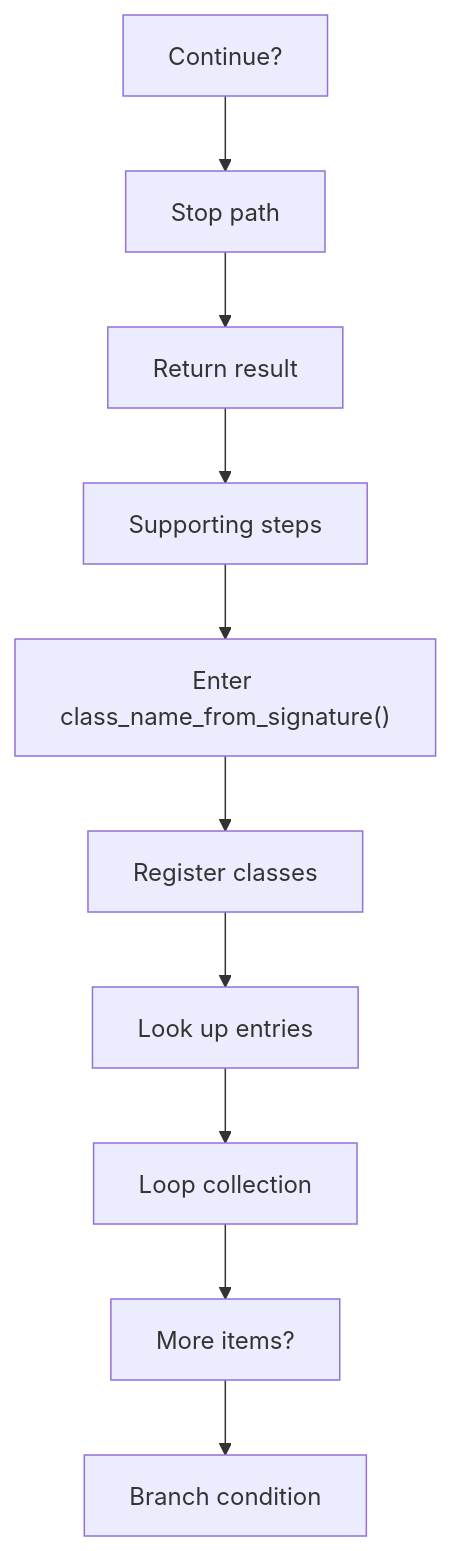
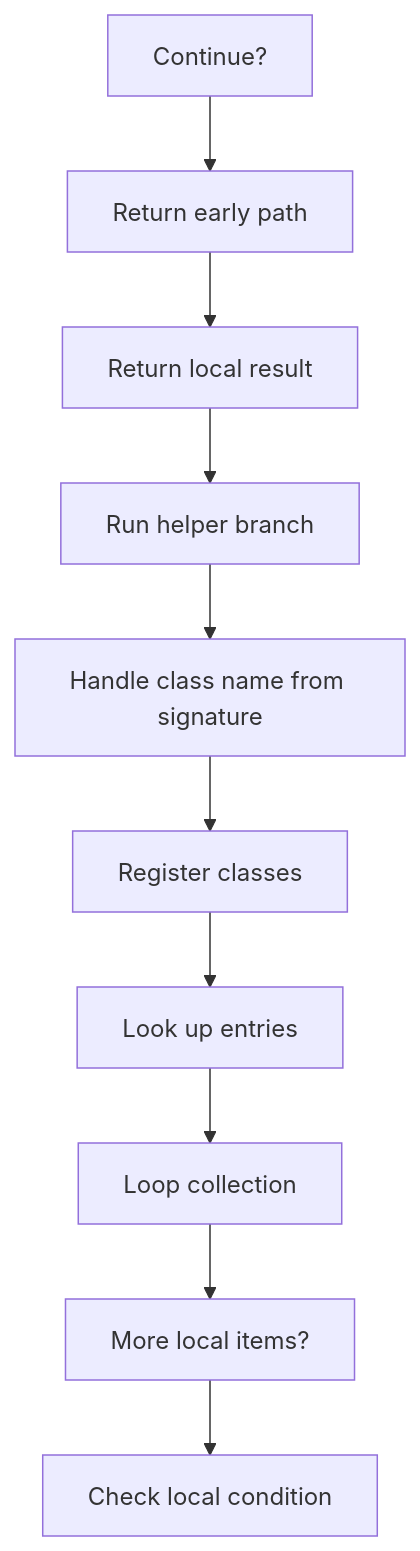
The third of 9 diagrams in docs/Codebase/Microservice/Modules/Source/Analysis/ImplementationUse/Resolution/Symbols/Resolve/Flow/symbols_utils_program_flow.cpp.md (JohnAndrewBalbarosa/NeoTerritory), drawn with Mermaid before and after one commit. The commit also changed other lines of this file and 925 other files, not shown here.

````diff
--- a/docs/Codebase/Microservice/Modules/Source/Analysis/ImplementationUse/Resolution/Symbols/Resolve/Flow/symbols_utils_program_flow.cpp.md
+++ b/docs/Codebase/Microservice/Modules/Source/Analysis/ImplementationUse/Resolution/Symbols/Resolve/Flow/symbols_utils_program_flow.cpp.md
@@ -67,22 +67,22 @@
 ```mermaid
 flowchart TD
     N0["Continue?"]
-    N1["Stop path"]
-    N2["Return result"]
-    N3["Supporting steps"]
-    N4["Enter class_name_from_signature()"]
+    N1["Return early path"]
+    N2["Return local result"]
+    N3["Run helper branch"]
+    N4["Handle class name from signature"]
     N5["Register classes"]
     N6["Look up entries"]
     N7["Loop collection"]
-    N8["More items?"]
-    N9["Branch condition"]
+    N8["More local items?"]
+    N9["Check local condition"]
     N0 --> N1
     N1 --> N2
     N2 --> N3
     N3 --> N4
     N4 --> N5
     N5 --> N6
     N6 --> N7
     N7 --> N8
     N8 --> N9
 ```
````
